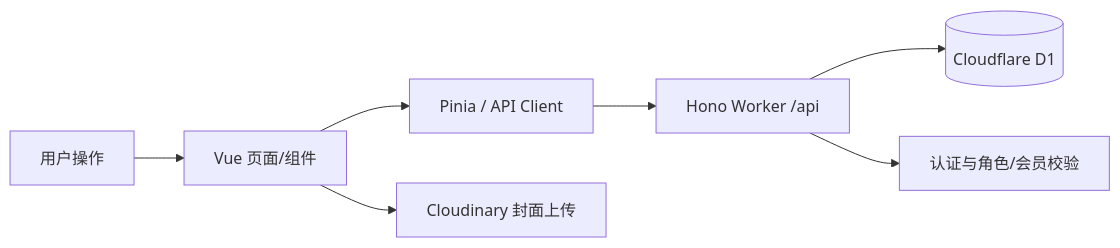
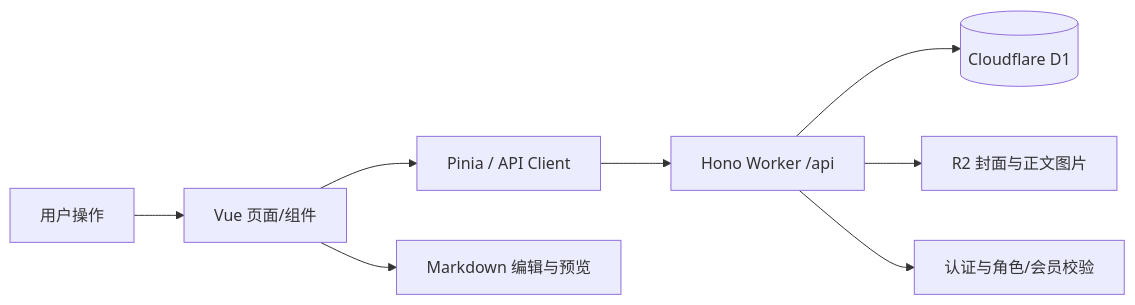
One commit to chuanK6/game changed the diagram in PROJECT_CONTEXT.md. Above: the diagram before and after it, drawn with Mermaid. The commit also changed other lines of this file and 22 other files, not shown here.

````diff
--- a/PROJECT_CONTEXT.md
+++ b/PROJECT_CONTEXT.md
@@ -48,9 +52,10 @@
 ```mermaid
 flowchart LR
   U[用户操作] --> V[Vue 页面/组件]
   V --> S[Pinia / API Client]
   S --> H[Hono Worker /api]
   H --> D[(Cloudflare D1)]
-  V --> C[Cloudinary 封面上传]
+  V --> M[Markdown 编辑与预览]
+  H --> R[R2 封面与正文图片]
   H --> A[认证与角色/会员校验]
 ```
````
